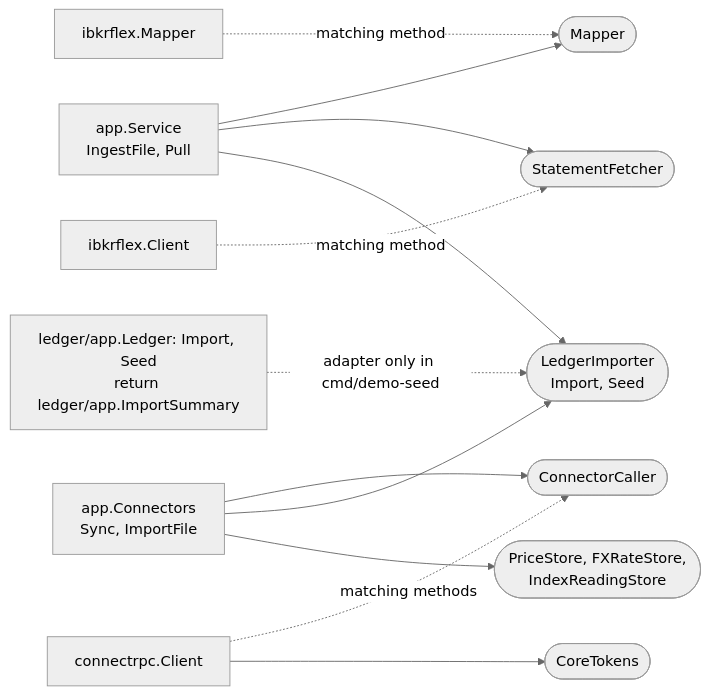
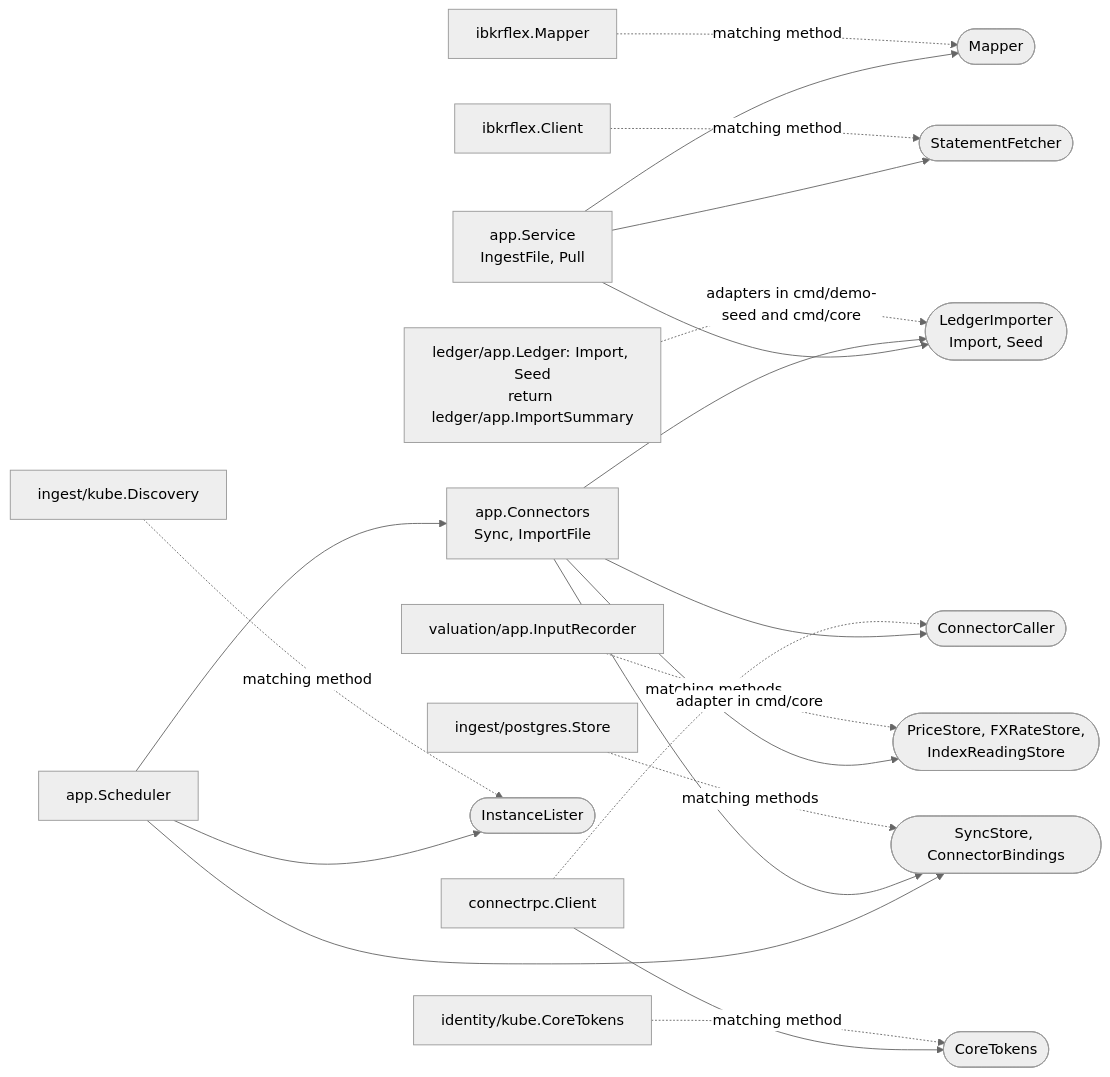
One commit to arkadiuss/openfief changed the second of 6 diagrams in docs/concepts/ingest.md. Above: the diagram before and after it, drawn with Mermaid (neutral theme). The commit also changed other lines of this file and 102 other files, not shown here.

First line of the commit message:
feat(core): sync connector instances with per-instance TokenRequest tokens

````diff
--- a/docs/concepts/ingest.md
+++ b/docs/concepts/ingest.md
@@ -117,26 +118,41 @@
 ```mermaid
 flowchart LR
   svc["app.Service<br/>IngestFile, Pull"]
   con["app.Connectors<br/>Sync, ImportFile"]
   mp(["Mapper"])
   sf(["StatementFetcher"])
   cc(["ConnectorCaller"])
   ct(["CoreTokens"])
   li(["LedgerImporter<br/>Import, Seed"])
   vs(["PriceStore, FXRateStore,<br/>IndexReadingStore"])
   fm["ibkrflex.Mapper"]
   fc["ibkrflex.Client"]
   rc["connectrpc.Client"]
   led["ledger/app.Ledger: Import, Seed<br/>return ledger/app.ImportSummary"]
+  rec["valuation/app.InputRecorder"]
+  sch["app.Scheduler"]
+  ss(["SyncStore, ConnectorBindings"])
+  il(["InstanceLister"])
+  pg["ingest/postgres.Store"]
+  disc["ingest/kube.Discovery"]
+  tok["identity/kube.CoreTokens"]
   svc --> mp
   svc --> sf
   svc --> li
   con --> cc
   con --> li
   con --> vs
   fm -. "matching method" .-> mp
   fc -. "matching method" .-> sf
   rc -. "matching methods" .-> cc
   rc --> ct
-  led -. "adapter only in cmd/demo-seed" .-> li
+  led -. "adapters in cmd/demo-seed and cmd/core" .-> li
+  rec -. "adapter in cmd/core" .-> vs
+  sch --> con
+  sch --> ss
+  sch --> il
+  con --> ss
+  pg -. "matching methods" .-> ss
+  disc -. "matching method" .-> il
+  tok -. "matching method" .-> ct
 ```
````
